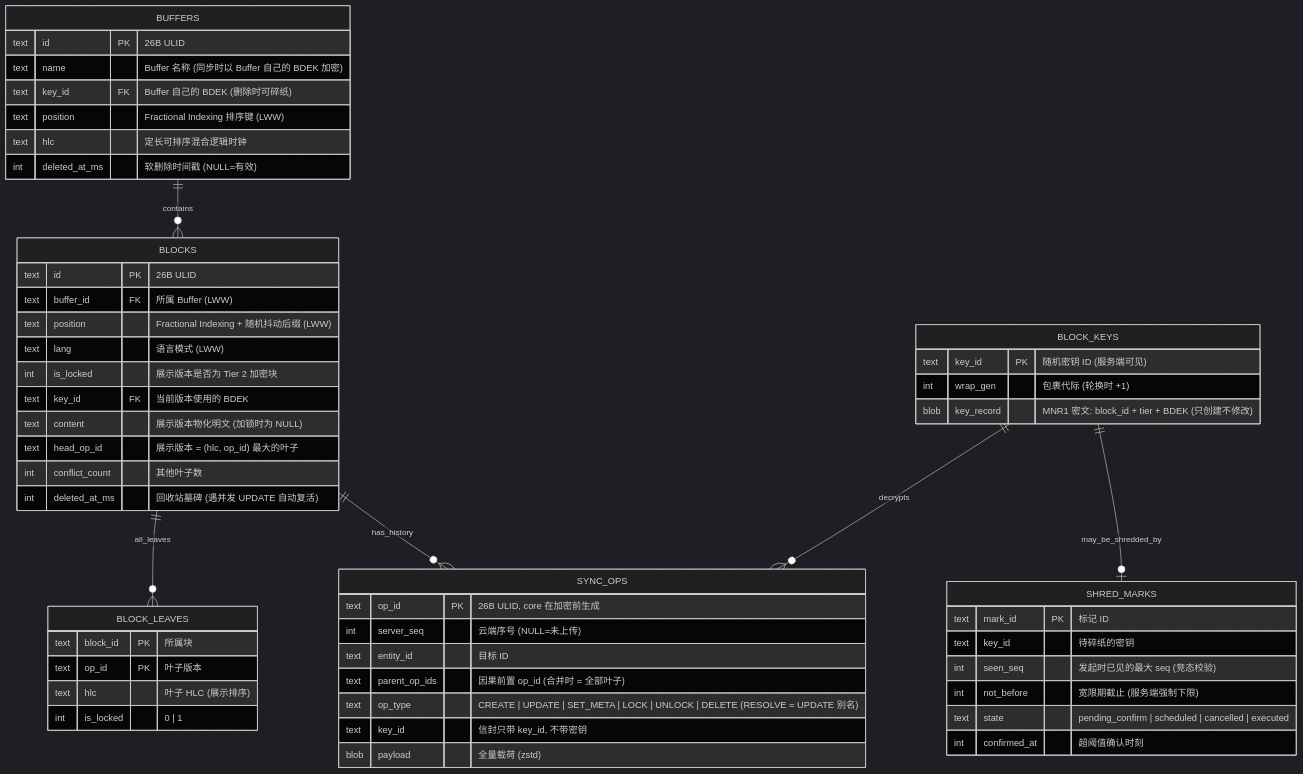
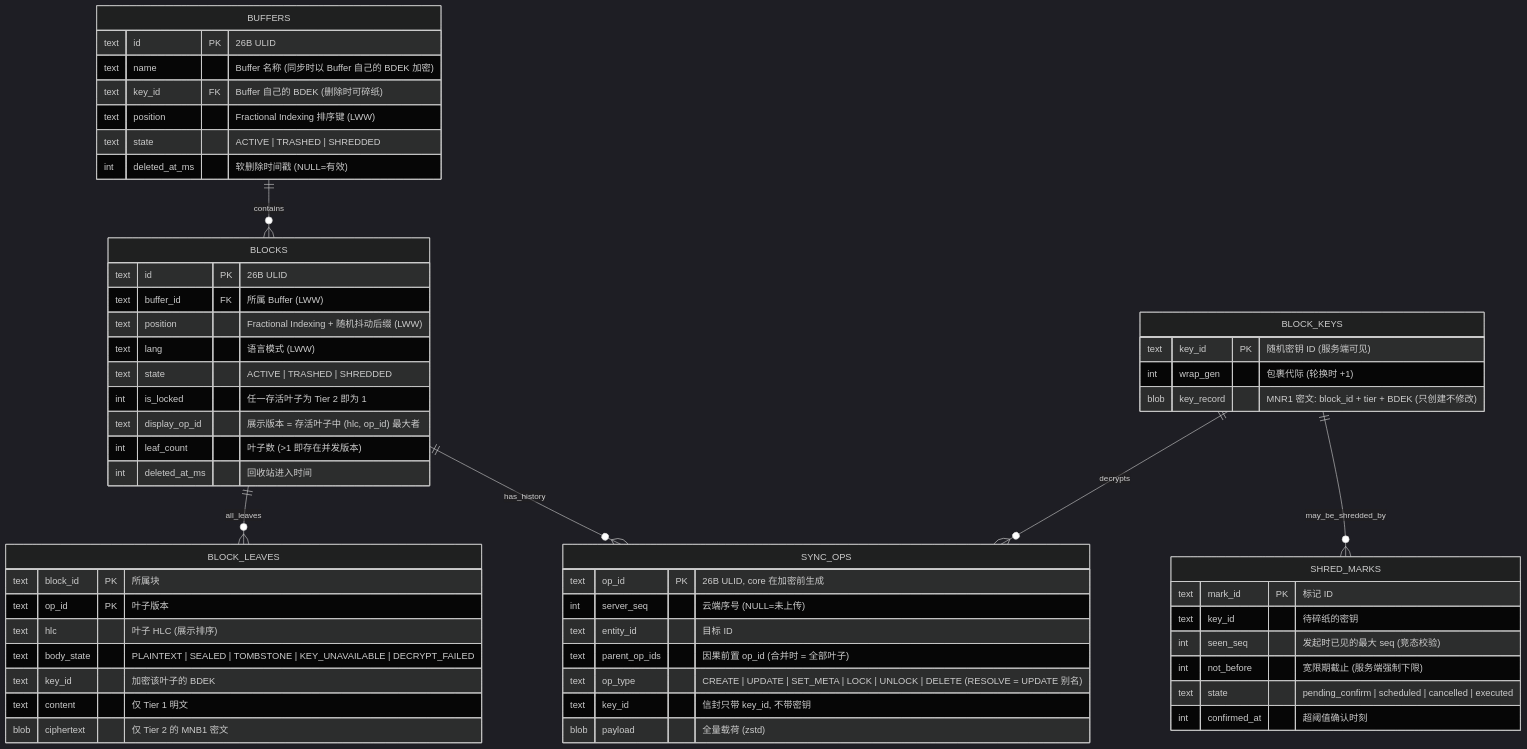
The second of 7 diagrams in docs/architecture-proposal.md (gray0128/my-note), drawn with Mermaid (dark theme) before and after one commit. The commit also changed other lines of this file and 8 other files, not shown here.

````diff
--- a/docs/architecture-proposal.md
+++ b/docs/architecture-proposal.md
@@ -342,56 +342,58 @@
 ```mermaid
 erDiagram
     BUFFERS ||--o{ BLOCKS : contains
     BLOCKS ||--o{ BLOCK_LEAVES : all_leaves
     BLOCKS ||--o{ SYNC_OPS : has_history
     BLOCK_KEYS ||--o{ SYNC_OPS : decrypts
-    BLOCK_KEYS ||--o| SHRED_MARKS : may_be_shredded_by
+    BLOCK_KEYS ||--o{ SHRED_MARKS : may_be_shredded_by
     BUFFERS {
         text id PK "26B ULID"
         text name "Buffer 名称 (同步时以 Buffer 自己的 BDEK 加密)"
         text key_id FK "Buffer 自己的 BDEK (删除时可碎纸)"
         text position "Fractional Indexing 排序键 (LWW)"
-        text hlc "定长可排序混合逻辑时钟"
+        text state "ACTIVE | TRASHED | SHREDDED"
         int deleted_at_ms "软删除时间戳 (NULL=有效)"
     }
     BLOCKS {
         text id PK "26B ULID"
         text buffer_id FK "所属 Buffer (LWW)"
         text position "Fractional Indexing + 随机抖动后缀 (LWW)"
         text lang "语言模式 (LWW)"
-        int is_locked "展示版本是否为 Tier 2 加密块"
-        text key_id FK "当前版本使用的 BDEK"
-        text content "展示版本物化明文 (加锁时为 NULL)"
-        text head_op_id "展示版本 = (hlc, op_id) 最大的叶子"
-        int conflict_count "其他叶子数"
-        int deleted_at_ms "回收站墓碑 (遇并发 UPDATE 自动复活)"
+        text state "ACTIVE | TRASHED | SHREDDED"
+        int is_locked "任一存活叶子为 Tier 2 即为 1"
+        text display_op_id "展示版本 = 存活叶子中 (hlc, op_id) 最大者"
+        int leaf_count "叶子数 (>1 即存在并发版本)"
+        int deleted_at_ms "回收站进入时间"
     }
     BLOCK_LEAVES {
         text block_id PK "所属块"
         text op_id PK "叶子版本"
         text hlc "叶子 HLC (展示排序)"
-        int is_locked "0 | 1"
+        text body_state "PLAINTEXT | SEALED | TOMBSTONE | KEY_UNAVAILABLE | DECRYPT_FAILED"
+        text key_id "加密该叶子的 BDEK"
+        text content "仅 Tier 1 明文"
+        blob ciphertext "仅 Tier 2 的 MNB1 密文"
     }
     BLOCK_KEYS {
         text key_id PK "随机密钥 ID (服务端可见)"
         int wrap_gen "包裹代际 (轮换时 +1)"
         blob key_record "MNR1 密文: block_id + tier + BDEK (只创建不修改)"
     }
     SHRED_MARKS {
         text mark_id PK "标记 ID"
         text key_id "待碎纸的密钥"
         int seen_seq "发起时已见的最大 seq (竞态校验)"
         int not_before "宽限期截止 (服务端强制下限)"
         text state "pending_confirm | scheduled | cancelled | executed"
         int confirmed_at "超阈值确认时刻"
     }
     SYNC_OPS {
         text op_id PK "26B ULID, core 在加密前生成"
         int server_seq "云端序号 (NULL=未上传)"
         text entity_id "目标 ID"
         text parent_op_ids "因果前置 op_id (合并时 = 全部叶子)"
         text op_type "CREATE | UPDATE | SET_META | LOCK | UNLOCK | DELETE (RESOLVE = UPDATE 别名)"
         text key_id "信封只带 key_id, 不带密钥"
         blob payload "全量载荷 (zstd)"
     }
 ```
````
